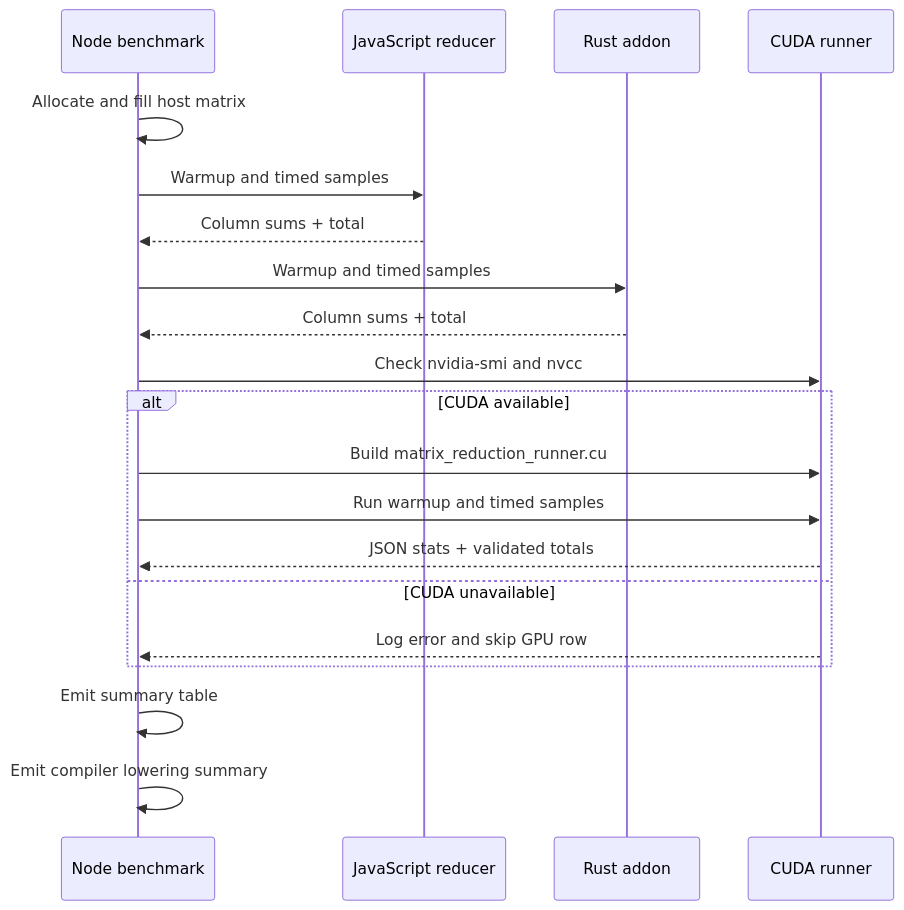
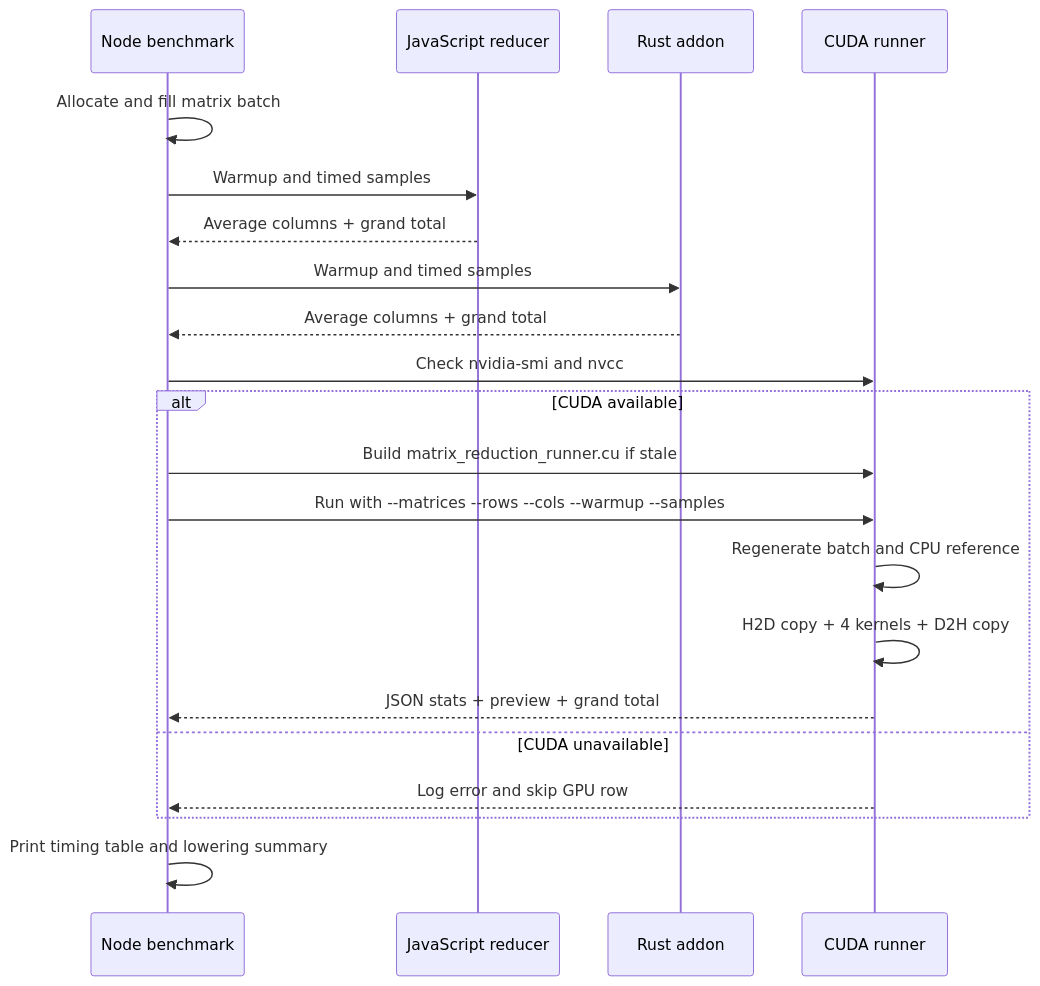
Before and after one commit to mtharrison/shader-benchmarking: the second of 2 diagrams in README.md, drawn with Mermaid. The commit also changed other lines of this file and 2 other files, not shown here.

First line of the commit message:
docs: update README and refactor batched matrix aggregation

````diff
--- a/README.md
+++ b/README.md
@@ -107,23 +129,24 @@
 ```mermaid
 sequenceDiagram
     participant Bench as Node benchmark
     participant JS as JavaScript reducer
     participant Rust as Rust addon
     participant CUDA as CUDA runner
 
-    Bench->>Bench: Allocate and fill host matrix
+    Bench->>Bench: Allocate and fill matrix batch
     Bench->>JS: Warmup and timed samples
-    JS-->>Bench: Column sums + total
+    JS-->>Bench: Average columns + grand total
     Bench->>Rust: Warmup and timed samples
-    Rust-->>Bench: Column sums + total
+    Rust-->>Bench: Average columns + grand total
     Bench->>CUDA: Check nvidia-smi and nvcc
     alt CUDA available
-        Bench->>CUDA: Build matrix_reduction_runner.cu
-        Bench->>CUDA: Run warmup and timed samples
-        CUDA-->>Bench: JSON stats + validated totals
+        Bench->>CUDA: Build matrix_reduction_runner.cu if stale
+        Bench->>CUDA: Run with --matrices --rows --cols --warmup --samples
+        CUDA->>CUDA: Regenerate batch and CPU reference
+        CUDA->>CUDA: H2D copy + 4 kernels + D2H copy
+        CUDA-->>Bench: JSON stats + preview + grand total
     else CUDA unavailable
         CUDA-->>Bench: Log error and skip GPU row
     end
-    Bench->>Bench: Emit summary table
-    Bench->>Bench: Emit compiler lowering summary
+    Bench->>Bench: Print timing table and lowering summary
 ```
````
